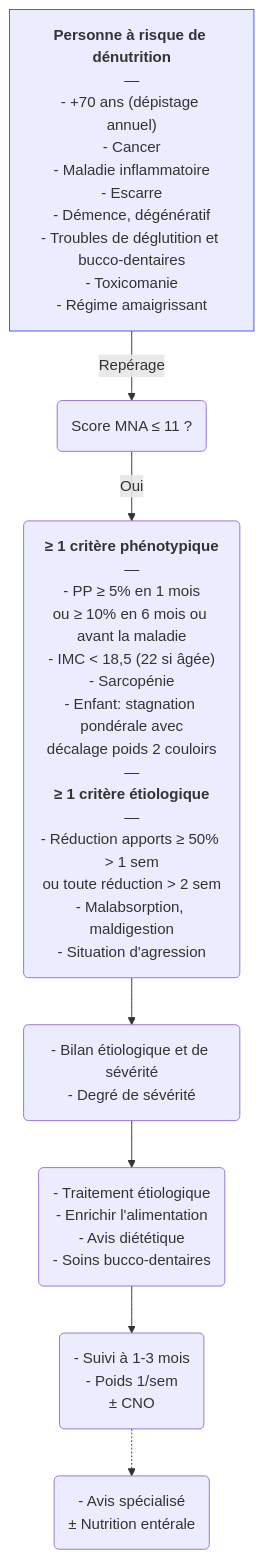
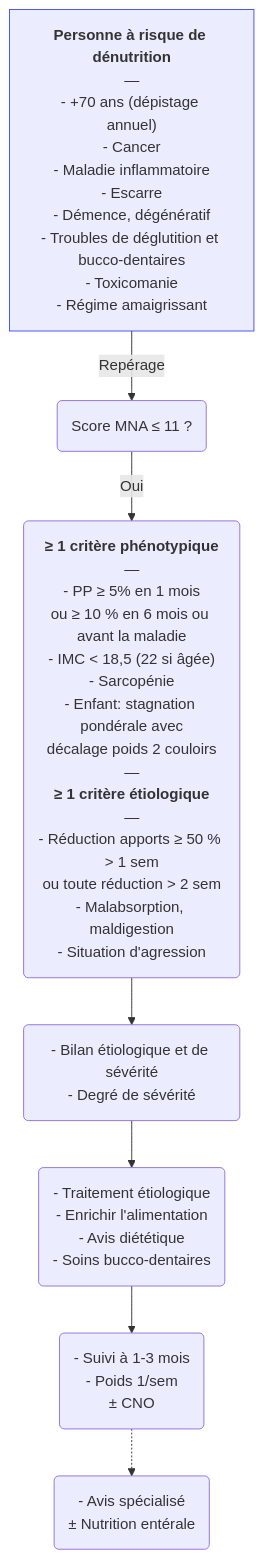
Before and after one commit to djibe/recommandations-medicales: the diagram in content/recommandations/denutrition.md, drawn with Mermaid. The commit also changed other lines of this file and 167 other files, not shown here.

```diff
--- a/content/recommandations/denutrition.md
+++ b/content/recommandations/denutrition.md
@@ -459,11 +459,11 @@
 {{< mermaid title="Prise en charge d'une personne à risque de dénutrition. Dr JB Fron d'après HAS/FFN 2021" >}}
 graph TB
   fdr["<b>Personne à risque de dénutrition</b><br>—<br>- +70 ans (dépistage annuel)<br>- Cancer<br>- Maladie inflammatoire<br>- Escarre<br>- Démence, dégénératif<br>- Troubles de déglutition et bucco-dentaires<br>- Toxicomanie<br>- Régime amaigrissant"]
   style fdr stroke:#4150f5, stroke-width:1px
     fdr -- Repérage --> MNA("Score MNA ≤ 11 ?")
-      MNA -- Oui --> critères("<b>≥ 1 critère phénotypique</b><br>—<br>- PP ≥ 5% en 1 mois<br>ou ≥ 10% en 6 mois ou avant la maladie<br>- IMC &lt; 18,5 (22 si âgée)<br>- Sarcopénie<br>- Enfant: stagnation pondérale avec<br>décalage poids 2 couloirs<br>—<br><b>≥ 1 critère étiologique</b><br>—<br>- Réduction apports ≥ 50% &gt; 1 sem<br>ou toute réduction &gt; 2 sem<br>- Malabsorption, maldigestion<br>- Situation d'agression")
+      MNA -- Oui --> critères("<b>≥ 1 critère phénotypique</b><br>—<br>- PP ≥ 5% en 1 mois<br>ou ≥ 10 % en 6 mois ou avant la maladie<br>- IMC &lt; 18,5 (22 si âgée)<br>- Sarcopénie<br>- Enfant: stagnation pondérale avec<br>décalage poids 2 couloirs<br>—<br><b>≥ 1 critère étiologique</b><br>—<br>- Réduction apports ≥ 50 % &gt; 1 sem<br>ou toute réduction &gt; 2 sem<br>- Malabsorption, maldigestion<br>- Situation d'agression")
         critères --> bilan("- Bilan étiologique et de sévérité<br>- Degré de sévérité")
           bilan --> traitement("- Traitement étiologique<br>- Enrichir l'alimentation<br>- Avis diététique<br>- Soins bucco-dentaires")
             traitement --> surveillance("- Suivi à 1-3 mois<br>- Poids 1/sem<br>± CNO")
               surveillance -.-> ent("- Avis spécialisé<br>± Nutrition entérale")
 {{< /mermaid >}}
```
